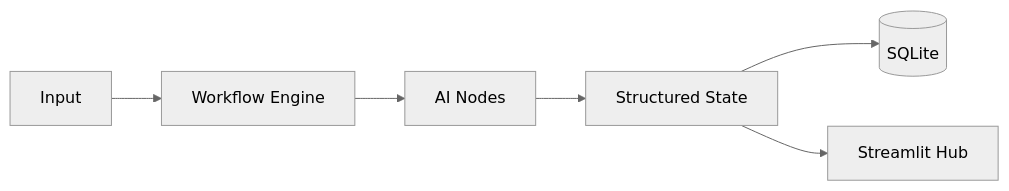
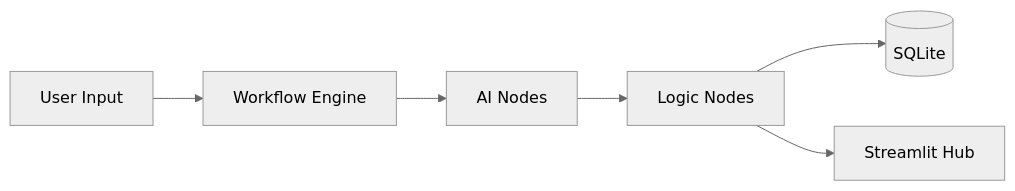
One commit to Keerthana1367/AI-Workflow-Automation-Platform changed the diagram in README.md. Above: the diagram before and after it, drawn with Mermaid (neutral theme). The commit also changed other lines of this file, not shown here.

````diff
--- a/README.md
+++ b/README.md
@@ -25,8 +21,8 @@
 ```mermaid
 graph LR
-    Input[Input] --> Engine[Workflow Engine]
-    Engine --> N1[AI Nodes]
-    N1 --> State[Structured State]
-    State --> DB[(SQLite)]
-    State --> UI[Streamlit Hub]
+    Input[User Input] --> Engine[Workflow Engine]
+    Engine --> AI[AI Nodes]
+    AI --> Logic[Logic Nodes]
+    Logic --> DB[(SQLite)]
+    Logic --> UI[Streamlit Hub]
 ```
````
